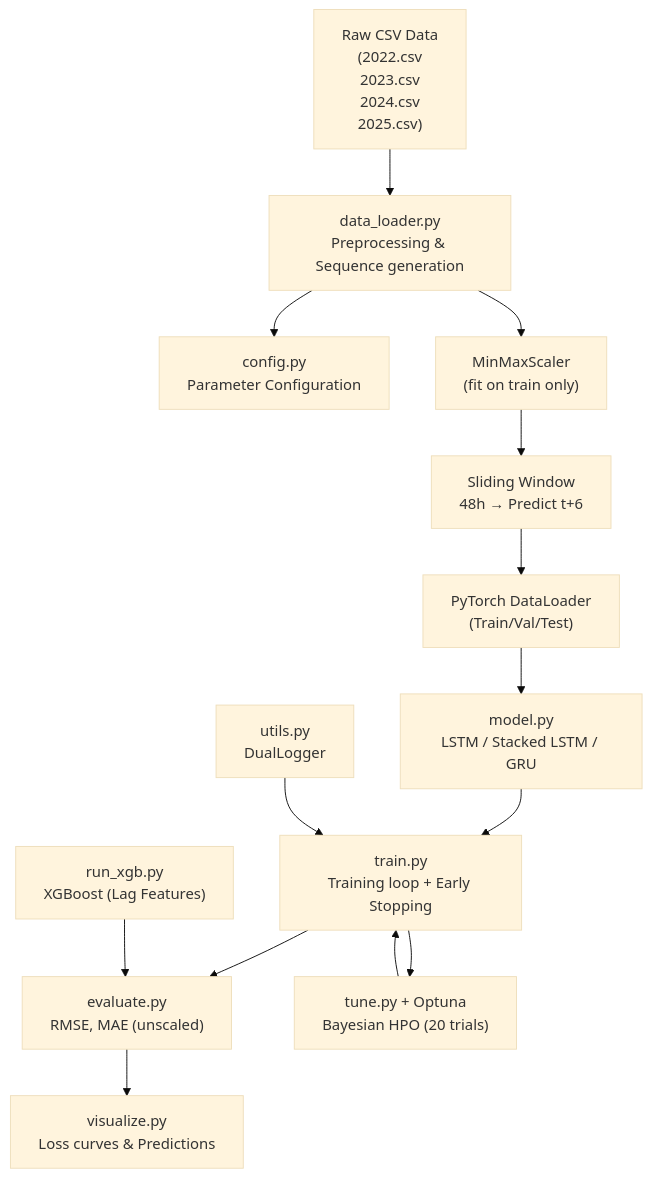
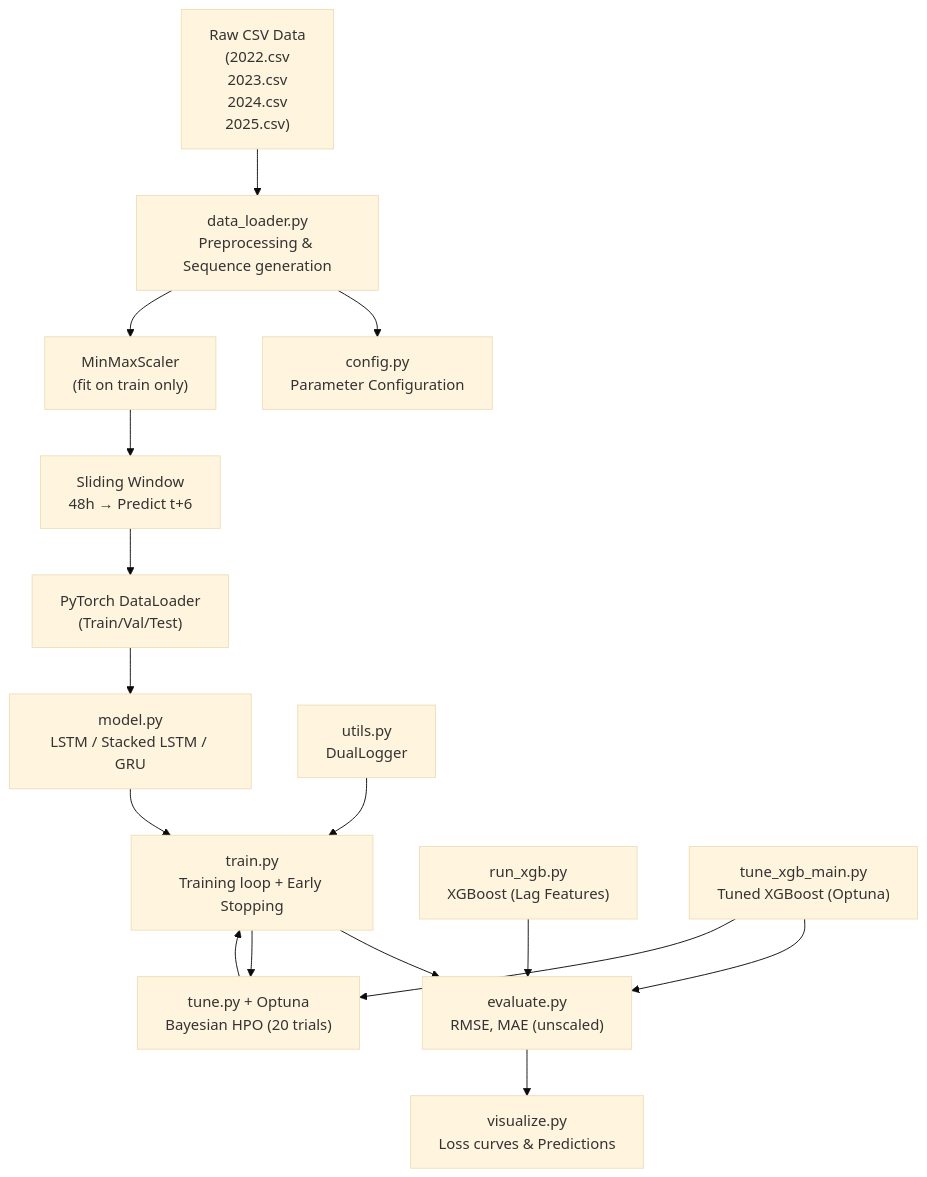
The first of 2 diagrams in bao_cao_do_an.md (GMconqoor29/Air-Quality-Index-AQI-Forecasting-System), drawn with Mermaid (base theme) before and after one commit. The commit also changed other lines of this file and 4 other files, not shown here.

````diff
--- a/bao_cao_do_an.md
+++ b/bao_cao_do_an.md
@@ -37,19 +37,21 @@
 ```mermaid
 graph TD
     A["Raw CSV Data<br/>(2022.csv
     2023.csv
     2024.csv
     2025.csv)"] --> B["data_loader.py<br/>Preprocessing & Sequence generation"]
     B --> C["config.py<br/>Parameter Configuration"]
     B --> D["MinMaxScaler<br/>(fit on train only)"]
     D --> E["Sliding Window<br/>48h → Predict t+6"]
     E --> F["PyTorch DataLoader<br/>(Train/Val/Test)"]
     F --> G["model.py<br/>LSTM / Stacked LSTM / GRU"]
     G --> H["train.py<br/>Training loop + Early Stopping"]
     H --> I["evaluate.py<br/>RMSE, MAE (unscaled)"]
     H --> J["tune.py + Optuna<br/>Bayesian HPO (20 trials)"]
     I --> K["visualize.py<br/>Loss curves & Predictions"]
     J --> H
     L["utils.py<br/>DualLogger"] --> H
     M["run_xgb.py<br/>XGBoost (Lag Features)"] --> I
+    N["tune_xgb_main.py<br/>Tuned XGBoost (Optuna)"] --> I
+    N --> J
 ```
````
